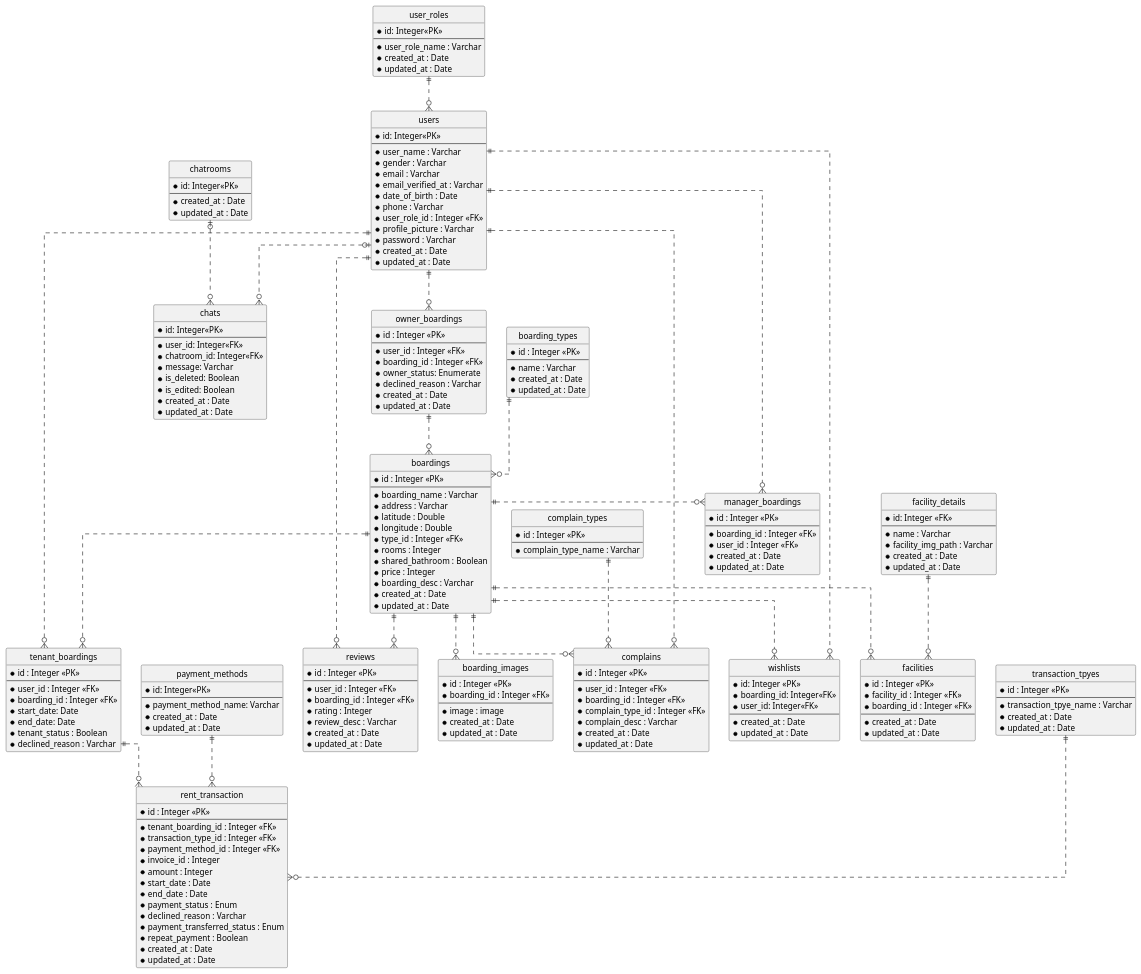
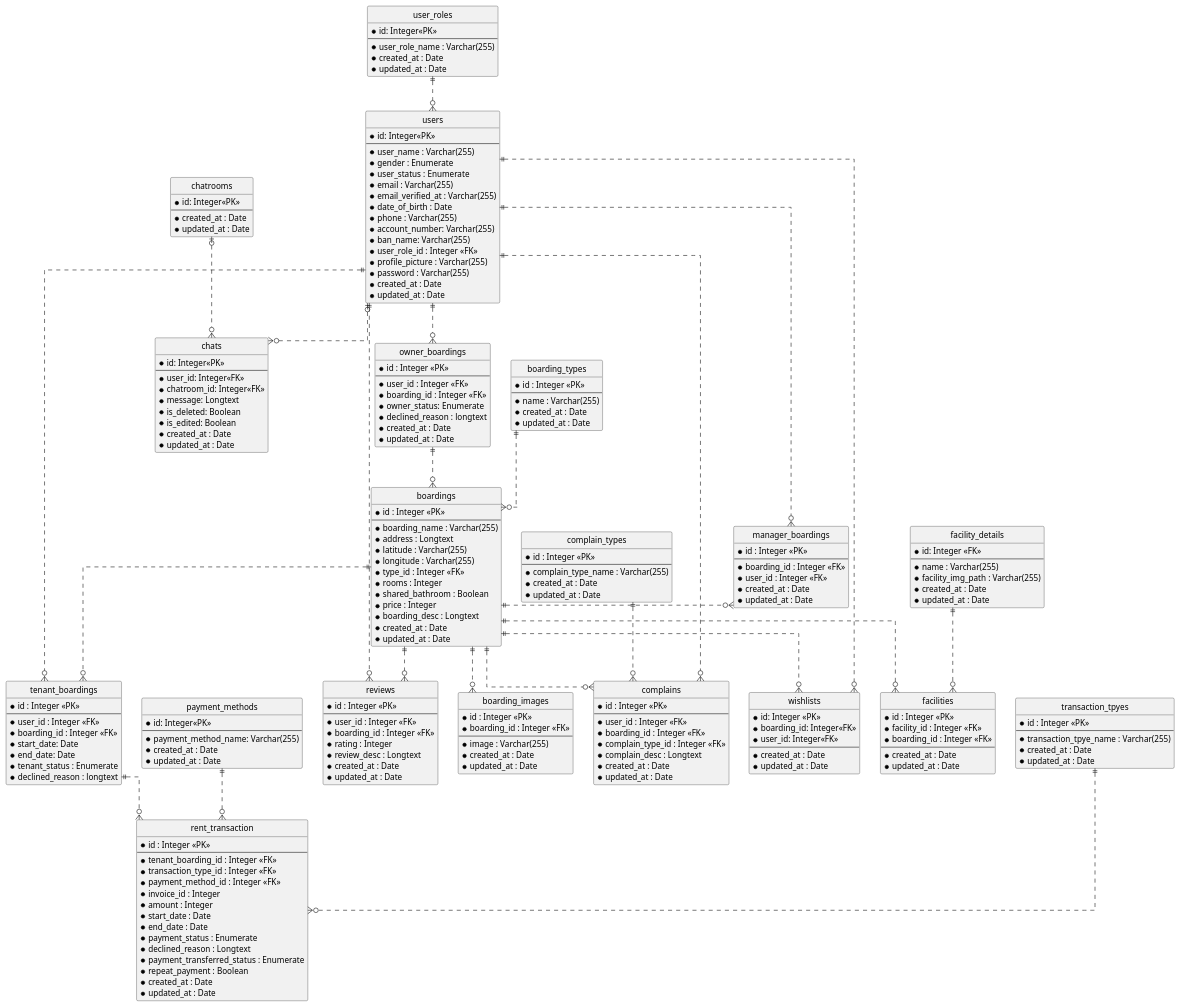
The diagram in Design/BHFMS_ERD.puml (AntWort21/BHFMS), drawn with PlantUML before and after one commit. The commit also changed 2 other files, not shown here.

Commit message:
Update ERD

```diff
--- a/Design/BHFMS_ERD.puml
+++ b/Design/BHFMS_ERD.puml
@@ -8,15 +8,18 @@
 entity "users" as usr {
   *id: Integer<<PK>>
   --
-  *user_name : Varchar
-  *gender : Varchar
-  *email : Varchar
-  *email_verified_at : Varchar
+  *user_name : Varchar(255)
+  *gender : Enumerate
+  *user_status : Enumerate
+  *email : Varchar(255)
+  *email_verified_at : Varchar(255)
   *date_of_birth : Date
-  *phone : Varchar
+  *phone : Varchar(255)
+  *account_number: Varchar(255)
+  *ban_name: Varchar(255)
   *user_role_id : Integer <<FK>>
-  *profile_picture : Varchar
-  *password : Varchar
+  *profile_picture : Varchar(255)
+  *password : Varchar(255)
   *created_at : Date
   *updated_at : Date
 }
@@ -24,7 +27,7 @@
 entity "user_roles" as usrl {
   *id: Integer<<PK>>
   --
-  *user_role_name : Varchar
+  *user_role_name : Varchar(255)
   *created_at : Date
   *updated_at : Date
 }
@@ -32,7 +35,7 @@
 entity "boarding_types" as bht {
   *id : Integer <<PK>>
   --
-  *name : Varchar
+  *name : Varchar(255)
   *created_at : Date
   *updated_at : Date
 }
@@ -40,15 +43,15 @@
 entity "boardings" as bh {
   *id : Integer <<PK>>
   --
-  *boarding_name : Varchar
-  *address : Varchar
-  *latitude : Double
-  *longitude : Double
+  *boarding_name : Varchar(255)
+  *address : Longtext
+  *latitude : Varchar(255)
+  *longitude : Varchar(255)
   *type_id : Integer <<FK>>
   *rooms : Integer
   *shared_bathroom : Boolean
   *price : Integer
-  *boarding_desc : Varchar
+  *boarding_desc : Longtext
   *created_at : Date
   *updated_at : Date
 }
@@ -60,20 +63,20 @@
   *boarding_id : Integer <<FK>>
   *start_date: Date
   *end_date: Date
-  *tenant_status : Boolean
-  *declined_reason : Varchar
+  *tenant_status : Enumerate
+  *declined_reason : longtext
 }
 
 entity "facility_details" as fd {
   *id: Integer <<FK>>
   --
-  *name : Varchar
-  *facility_img_path : Varchar
+  *name : Varchar(255)
+  *facility_img_path : Varchar(255)
   *created_at : Date
   *updated_at : Date
 }
 
-' Composite key
+
 entity "facilities" as f {
   *id : Integer <<PK>>
   *facility_id : Integer <<FK>>
@@ -87,7 +90,7 @@
   *id : Integer <<PK>>
   *boarding_id : Integer <<FK>>
   --
-  *image : image
+  *image : Varchar(255)
   *created_at : Date
   *updated_at : Date
 }
@@ -102,9 +105,9 @@
   *amount : Integer
   *start_date : Date
   *end_date : Date
-  *payment_status : Enum
-  *declined_reason : Varchar
-  *payment_transferred_status : Enum
+  *payment_status : Enumerate
+  *declined_reason : Longtext
+  *payment_transferred_status : Enumerate
   *repeat_payment : Boolean
   *created_at : Date
   *updated_at : Date
@@ -117,7 +120,7 @@
   *user_id : Integer <<FK>>
   *boarding_id : Integer <<FK>>
   *owner_status: Enumerate
-  *declined_reason : Varchar
+  *declined_reason : longtext
   *created_at : Date
   *updated_at : Date
 }
@@ -134,7 +137,9 @@
 entity "complain_types" as cmplnt {
   *id : Integer <<PK>>
   --
-  *complain_type_name : Varchar
+  *complain_type_name : Varchar(255)
+  *created_at : Date
+  *updated_at : Date
 }
 
 entity "reviews" as rvw {
@@ -143,7 +148,7 @@
   *user_id : Integer <<FK>>
   *boarding_id : Integer <<FK>>
   *rating : Integer
-  *review_desc : Varchar
+  *review_desc : Longtext
   *created_at : Date
   *updated_at : Date
 }
@@ -154,7 +159,7 @@
   *user_id : Integer <<FK>>
   *boarding_id : Integer <<FK>>
   *complain_type_id : Integer <<FK>>
-  *complain_desc : Varchar
+  *complain_desc : Longtext
   *created_at : Date
   *updated_at : Date
 }
@@ -172,7 +177,7 @@
 entity "payment_methods" as pymnt {
   *id: Integer<<PK>>
   --
-  *payment_method_name: Varchar
+  *payment_method_name: Varchar(255)
   *created_at : Date
   *updated_at : Date
 }
@@ -182,7 +187,7 @@
   --
   *user_id: Integer<<FK>>
   *chatroom_id: Integer<<FK>>
-  *message: Varchar
+  *message: Longtext
   *is_deleted: Boolean
   *is_edited: Boolean
   *created_at : Date
@@ -199,7 +204,7 @@
 entity "transaction_tpyes" as tt {
   *id : Integer <<PK>>
   --
-  *transaction_tpye_name : Varchar
+  *transaction_tpye_name : Varchar(255)
   *created_at : Date
   *updated_at : Date
 }
```
